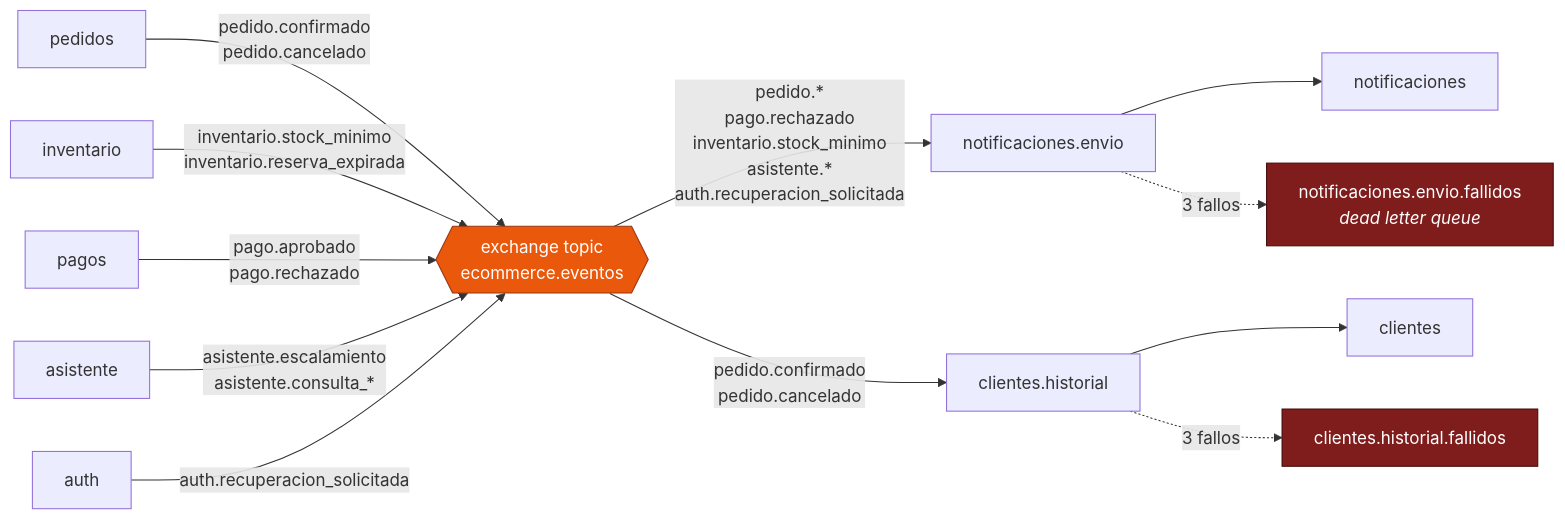
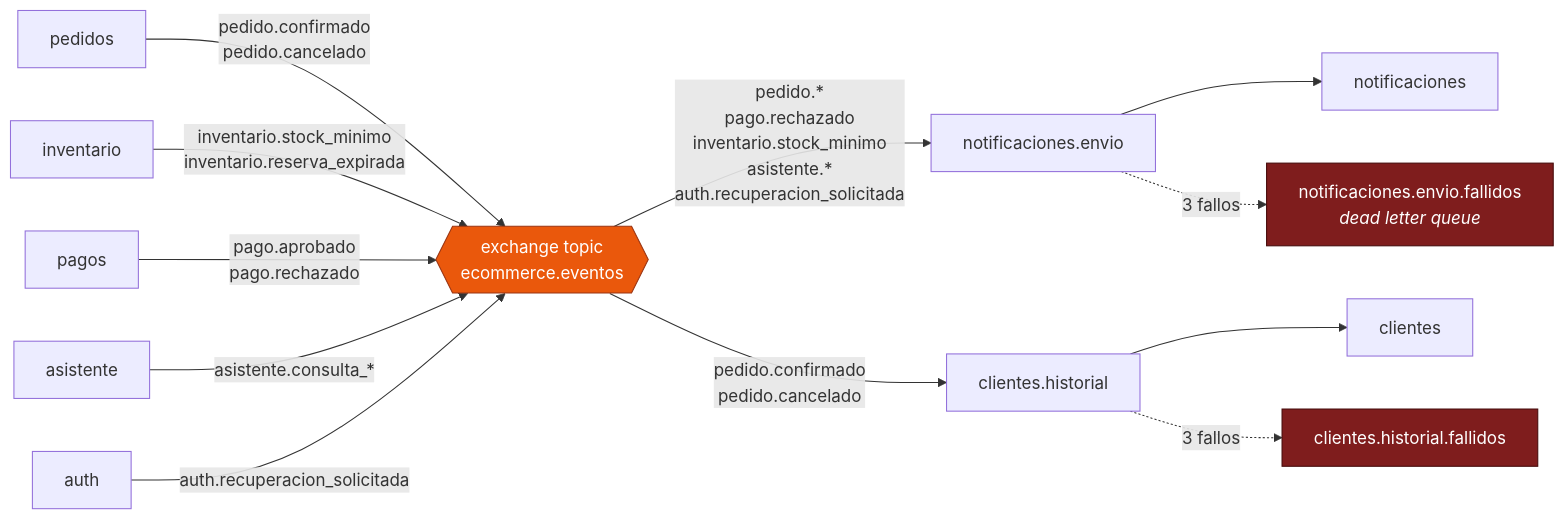
Before and after one commit to SerBy48/Proyecto-EIS-II: the diagram in docs/COMUNICACION.md, drawn with Mermaid. The commit also changed other lines of this file and 80 other files, not shown here.

````diff
--- a/docs/COMUNICACION.md
+++ b/docs/COMUNICACION.md
@@ -123,22 +123,22 @@
 ```mermaid
 graph LR
     PED["pedidos"] -->|"pedido.confirmado<br/>pedido.cancelado"| EX{{"exchange topic<br/>ecommerce.eventos"}}
     INV["inventario"] -->|"inventario.stock_minimo<br/>inventario.reserva_expirada"| EX
     PAG["pagos"] -->|"pago.aprobado<br/>pago.rechazado"| EX
-    ASI["asistente"] -->|"asistente.escalamiento<br/>asistente.consulta_*"| EX
+    ASI["asistente"] -->|"asistente.consulta_*"| EX
     AUT["auth"] -->|"auth.recuperacion_solicitada"| EX
 
     EX -->|"pedido.*<br/>pago.rechazado<br/>inventario.stock_minimo<br/>asistente.*<br/>auth.recuperacion_solicitada"| Q1["notificaciones.envio"]
     EX -->|"pedido.confirmado<br/>pedido.cancelado"| Q2["clientes.historial"]
 
     Q1 --> N["notificaciones"]
     Q2 --> C["clientes"]
 
     Q1 -.->|"3 fallos"| D1["notificaciones.envio.fallidos<br/><i>dead letter queue</i>"]
     Q2 -.->|"3 fallos"| D2["clientes.historial.fallidos"]
 
     classDef ex fill:#ea580c,stroke:#9a3412,color:#fff
     classDef dlq fill:#7f1d1d,stroke:#450a0a,color:#fff
     class EX ex
     class D1,D2 dlq
 ```
````
